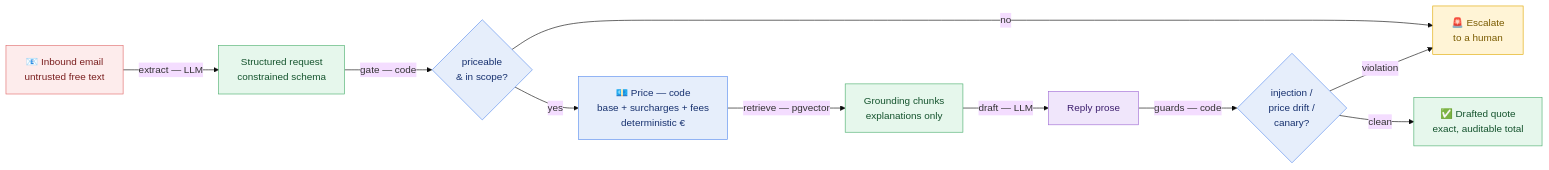
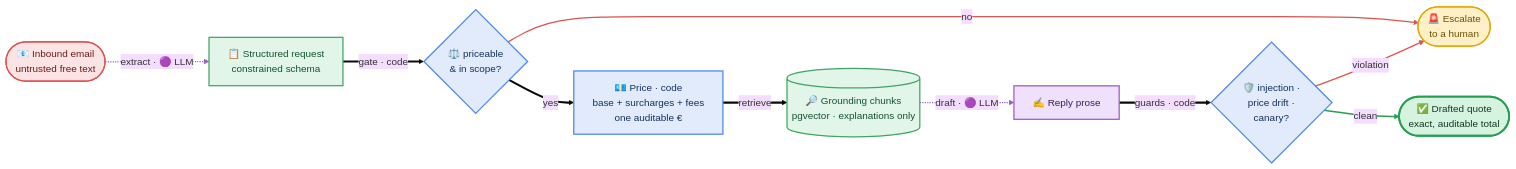
The diagram in README.md (alwyn0678-cmyk/quoting-agent), drawn with Mermaid (base theme) before and after one commit. The commit also changed other lines of this file and 1 other file, not shown here.

Commit message:
docs: AUDIT_LOG entry for the 2026-07 full-repo audit; README redesign (CI badge, upgraded diagram, hardening status)

````diff
--- a/README.md
+++ b/README.md
@@ -27,19 +29,33 @@
 ```mermaid
 flowchart LR
-    A["📧 Inbound email<br/>untrusted free text"]:::untrusted
-    A -->|"extract — LLM"| B["Structured request<br/>constrained schema"]:::data
-    B -->|"gate — code"| G{"priceable<br/>& in scope?"}:::code
-    G -->|"no"| E["🚨 Escalate<br/>to a human"]:::escalate
-    G -->|"yes"| P["💶 Price — code<br/>base + surcharges + fees<br/>deterministic €"]:::code
-    P -->|"retrieve — pgvector"| R["Grounding chunks<br/>explanations only"]:::data
-    R -->|"draft — LLM"| D["Reply prose"]:::llm
-    D -->|"guards — code"| Q{"injection /<br/>price drift /<br/>canary?"}:::code
-    Q -->|"violation"| E
-    Q -->|"clean"| O["✅ Drafted quote<br/>exact, auditable total"]:::data
+    A(["📧 Inbound email<br/>untrusted free text"]):::untrusted
+    B["📋 Structured request<br/>constrained schema"]:::data
+    G{"⚖️ priceable<br/>& in scope?"}:::code
+    P["💶 Price · code<br/>base + surcharges + fees<br/>one auditable €"]:::code
+    R[("🔎 Grounding chunks<br/>pgvector · explanations only")]:::data
+    D["✍️ Reply prose"]:::llm
+    Q{"🛡️ injection ·<br/>price drift ·<br/>canary?"}:::code
+    E(["🚨 Escalate<br/>to a human"]):::escalate
+    O(["✅ Drafted quote<br/>exact, auditable total"]):::done
 
-    classDef untrusted fill:#fdecec,stroke:#e06c6c,color:#7a1f1f;
-    classDef llm fill:#f0e6fb,stroke:#a06cd5,color:#3d1f6e;
-    classDef code fill:#e6eefb,stroke:#5b8def,color:#16306e;
-    classDef data fill:#e6f7ec,stroke:#4caf6e,color:#14532d;
-    classDef escalate fill:#fff4d6,stroke:#e0a800,color:#7a5b00;
+    A -. "extract · 🟣 LLM" .-> B
+    B == "gate · code" ==> G
+    G == "yes" ==> P
+    P == "retrieve" ==> R
+    R -. "draft · 🟣 LLM" .-> D
+    D == "guards · code" ==> Q
+    G -- "no" --> E
+    Q -- "violation" --> E
+    Q == "clean" ==> O
+
+    classDef untrusted fill:#fde4e4,stroke:#d9534f,stroke-width:2px,color:#6b1a1a;
+    classDef llm fill:#efe1fb,stroke:#9b59d0,stroke-width:2px,color:#3a1d63;
+    classDef code fill:#e1ebfb,stroke:#4d86e6,stroke-width:2px,color:#13315f;
+    classDef data fill:#e1f5e9,stroke:#3fa564,stroke-width:2px,color:#14532d;
+    classDef escalate fill:#fff0c7,stroke:#e0a800,stroke-width:2px,color:#6e5200;
+    classDef done fill:#d6f3e0,stroke:#2a9d54,stroke-width:3px,color:#0e3a22;
+
+    linkStyle 0,4 stroke:#9b59d0,stroke-width:2px;
+    linkStyle 6,7 stroke:#d9534f,stroke-width:2px;
+    linkStyle 8 stroke:#2a9d54,stroke-width:2.5px;
 ```
````
